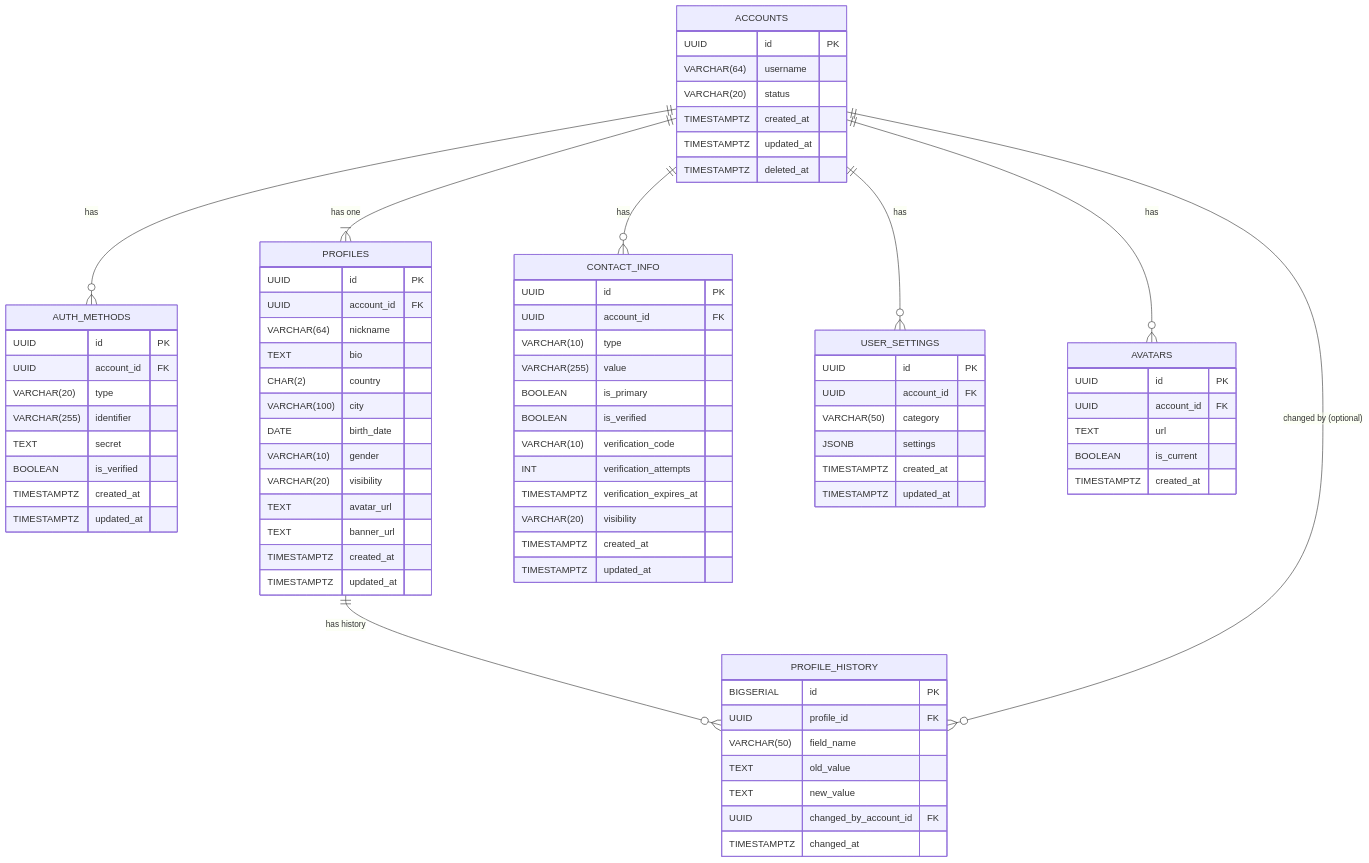
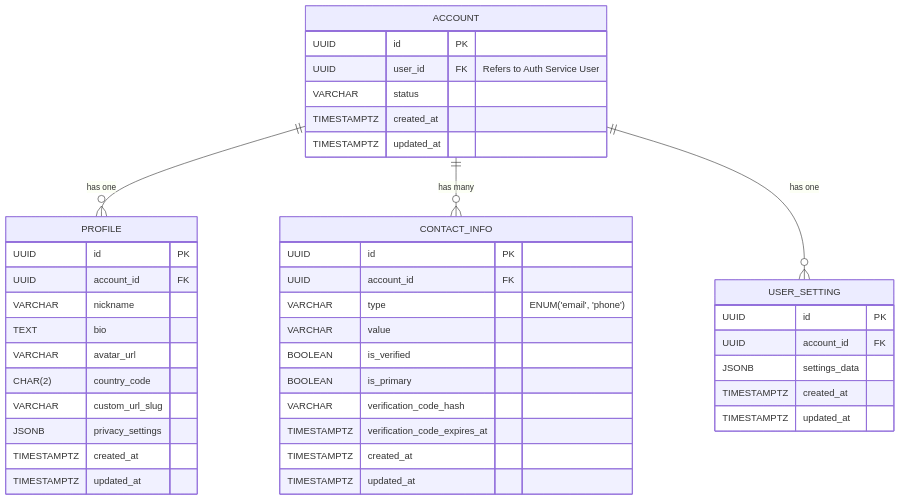
Before and after one commit to wizarding-anonymous/platform: the diagram in backend/account-service/docs/README.md, drawn with Mermaid. The commit also changed other lines of this file and 21 other files, not shown here.

````diff
--- a/backend/account-service/docs/README.md
+++ b/backend/account-service/docs/README.md
@@ -190,90 +301,45 @@
     ```mermaid
     erDiagram
-        ACCOUNTS {
+        ACCOUNT ||--o{ PROFILE : "has one"
+        ACCOUNT ||--o{ CONTACT_INFO : "has many"
+        ACCOUNT ||--o{ USER_SETTING : "has one"
+
+        ACCOUNT {
             UUID id PK
-            VARCHAR(64) username
-            VARCHAR(20) status
-            TIMESTAMPTZ created_at
-            TIMESTAMPTZ updated_at
-            TIMESTAMPTZ deleted_at
-        }
-
-        AUTH_METHODS {
-            UUID id PK
-            UUID account_id FK
-            VARCHAR(20) type
-            VARCHAR(255) identifier
-            TEXT secret
-            BOOLEAN is_verified
+            UUID user_id FK "Refers to Auth Service User"
+            VARCHAR status
             TIMESTAMPTZ created_at
             TIMESTAMPTZ updated_at
         }
-
-        PROFILES {
+        PROFILE {
             UUID id PK
             UUID account_id FK
-            VARCHAR(64) nickname
+            VARCHAR nickname
             TEXT bio
-            CHAR(2) country
-            VARCHAR(100) city
-            DATE birth_date
-            VARCHAR(10) gender
-            VARCHAR(20) visibility
-            TEXT avatar_url
-            TEXT banner_url
+            VARCHAR avatar_url
+            CHAR(2) country_code
+            VARCHAR custom_url_slug
+            JSONB privacy_settings
             TIMESTAMPTZ created_at
             TIMESTAMPTZ updated_at
         }
-
         CONTACT_INFO {
             UUID id PK
             UUID account_id FK
-            VARCHAR(10) type
-            VARCHAR(255) value
+            VARCHAR type "ENUM('email', 'phone')"
+            VARCHAR value
+            BOOLEAN is_verified
             BOOLEAN is_primary
-            BOOLEAN is_verified
-            VARCHAR(10) verification_code
-            INT verification_attempts
-            TIMESTAMPTZ verification_expires_at
-            VARCHAR(20) visibility
+            VARCHAR verification_code_hash
+            TIMESTAMPTZ verification_code_expires_at
             TIMESTAMPTZ created_at
             TIMESTAMPTZ updated_at
         }
-
-        USER_SETTINGS {
+        USER_SETTING {
             UUID id PK
             UUID account_id FK
-            VARCHAR(50) category
-            JSONB settings
+            JSONB settings_data
             TIMESTAMPTZ created_at
             TIMESTAMPTZ updated_at
         }
-
-        AVATARS {
-            UUID id PK
-            UUID account_id FK
-            TEXT url
-            BOOLEAN is_current
-            TIMESTAMPTZ created_at
-        }
-
-        PROFILE_HISTORY {
-            BIGSERIAL id PK
-            UUID profile_id FK
-            VARCHAR(50) field_name
-            TEXT old_value
-            TEXT new_value
-            UUID changed_by_account_id FK
-            TIMESTAMPTZ changed_at
-        }
-
-        ACCOUNTS ||--o{ AUTH_METHODS : "has"
-        ACCOUNTS ||--|{ PROFILES : "has one"
-        ACCOUNTS ||--o{ CONTACT_INFO : "has"
-        ACCOUNTS ||--o{ USER_SETTINGS : "has"
-        ACCOUNTS ||--o{ AVATARS : "has"
-        PROFILES ||--o{ PROFILE_HISTORY : "has history"
-        ACCOUNTS ||--o{ PROFILE_HISTORY : "changed by (optional)"
-
-
     ```
````
